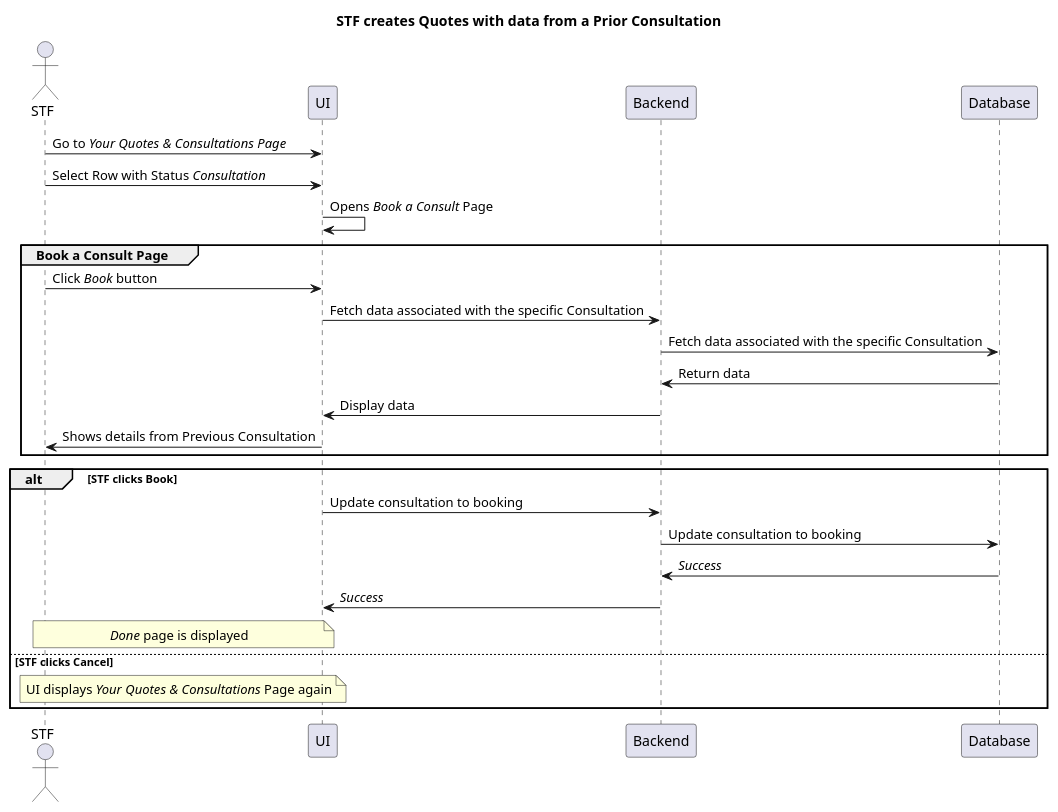
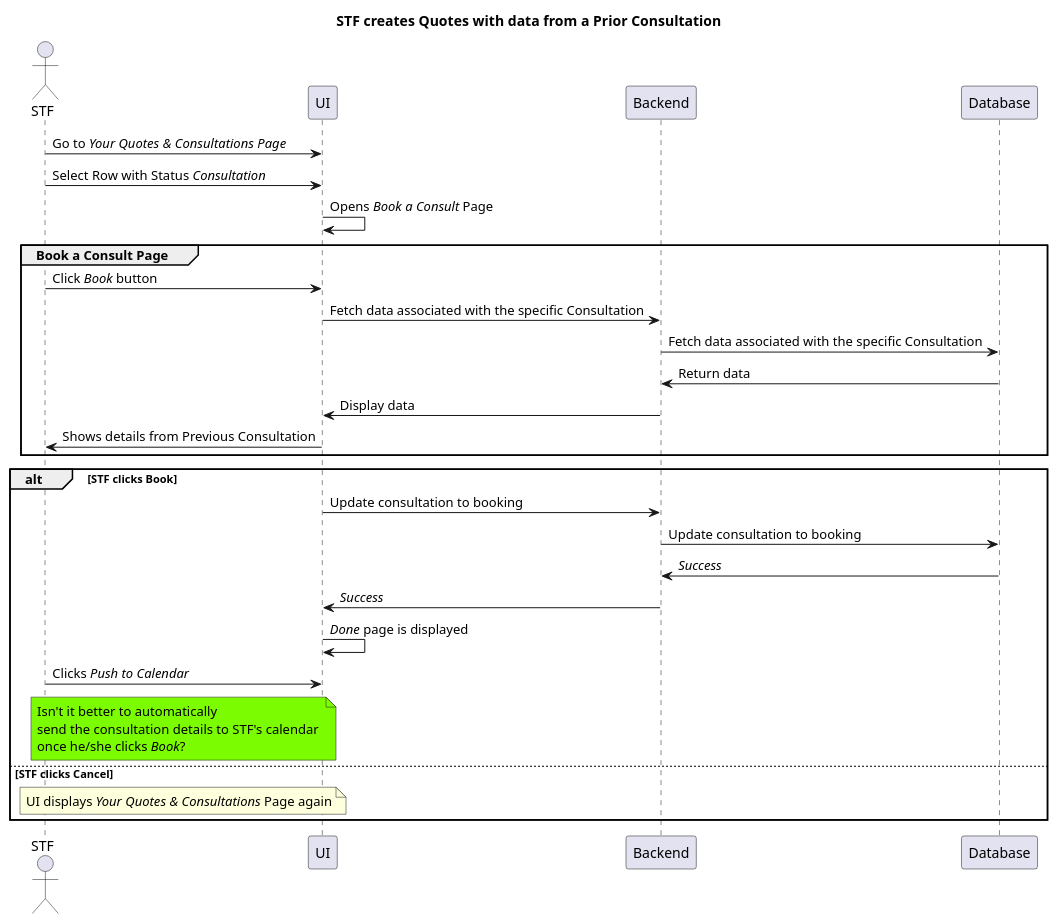
Before and after one commit to jpgacrama/NovariSpecs: the diagram in STF/STF_CreateQuoteFromPriorConsultation.pu, drawn with PlantUML.

Commit message:
master: Book a consultation from Dashboard
I need to create booking a consultation from the "Start a Job" button

```diff
--- a/STF/STF_CreateQuoteFromPriorConsultation.pu
+++ b/STF/STF_CreateQuoteFromPriorConsultation.pu
@@ -1,34 +1,39 @@
 @startuml
     title STF creates Quotes with data from a Prior Consultation
 
     actor "STF" as STF
     
     STF -> UI: Go to //Your Quotes & Consultations Page//
     STF -> UI: Select Row with Status //Consultation//
     UI -> UI: Opens //Book a Consult// Page
 
     group Book a Consult Page
         STF -> UI: Click //Book// button
         UI -> Backend: Fetch data associated with the specific Consultation
         Backend -> Database: Fetch data associated with the specific Consultation
         Database -> Backend: Return data
         Backend -> UI: Display data 
 
         UI -> STF: Shows details from Previous Consultation
     end group
 
     alt STF clicks Book
         UI -> Backend: Update consultation to booking
         Backend -> Database: Update consultation to booking
         Database -> Backend: //Success//
         Backend -> UI: //Success//
 
-        note over STF, UI
-            //Done// page is displayed
+        UI -> UI: //Done// page is displayed
+        STF -> UI: Clicks //Push to Calendar//
+
+        note over STF, UI #LawnGreen
+            Isn't it better to automatically
+            send the consultation details to STF's calendar 
+            once he/she clicks //Book//?
         end note
     else STF clicks Cancel
         note over STF, UI
             UI displays //Your Quotes & Consultations// Page again
         end note
     end
 @enduml
```
